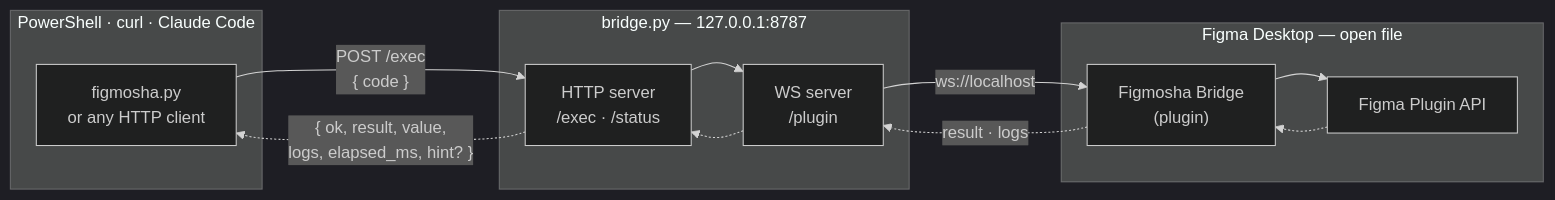
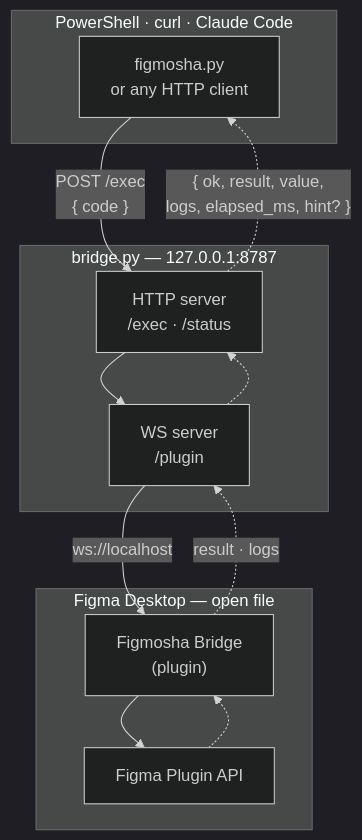
Before and after one commit to denysosadchyi/figmosha2: the diagram in README.md, drawn with Mermaid (dark theme).

Commit message:
Lay the architecture diagram out vertically
Claude-Session: https://claude.ai/code/session_01GgYMqW4bryfFqs2TWhCgrp

````diff
--- a/README.md
+++ b/README.md
@@ -15,26 +15,26 @@
 ```mermaid
-flowchart LR
+flowchart TB
     subgraph client["PowerShell · curl · Claude Code"]
         CLI["figmosha.py<br/>or any HTTP client"]
     end
 
     subgraph bridge["bridge.py — 127.0.0.1:8787"]
         HTTP["HTTP server<br/>/exec · /status"]
         WSS["WS server<br/>/plugin"]
     end
 
     subgraph figma["Figma Desktop — open file"]
         PLUGIN["Figmosha Bridge<br/>(plugin)"]
         API["Figma Plugin API"]
     end
 
     CLI -- "POST /exec<br/>{ code }" --> HTTP
     HTTP --> WSS
     WSS -- "ws://localhost" --> PLUGIN
     PLUGIN --> API
 
     API -.-> PLUGIN
     PLUGIN -. "result · logs" .-> WSS
     WSS -.-> HTTP
     HTTP -. "{ ok, result, value,<br/>logs, elapsed_ms, hint? }" .-> CLI
 ```
````
